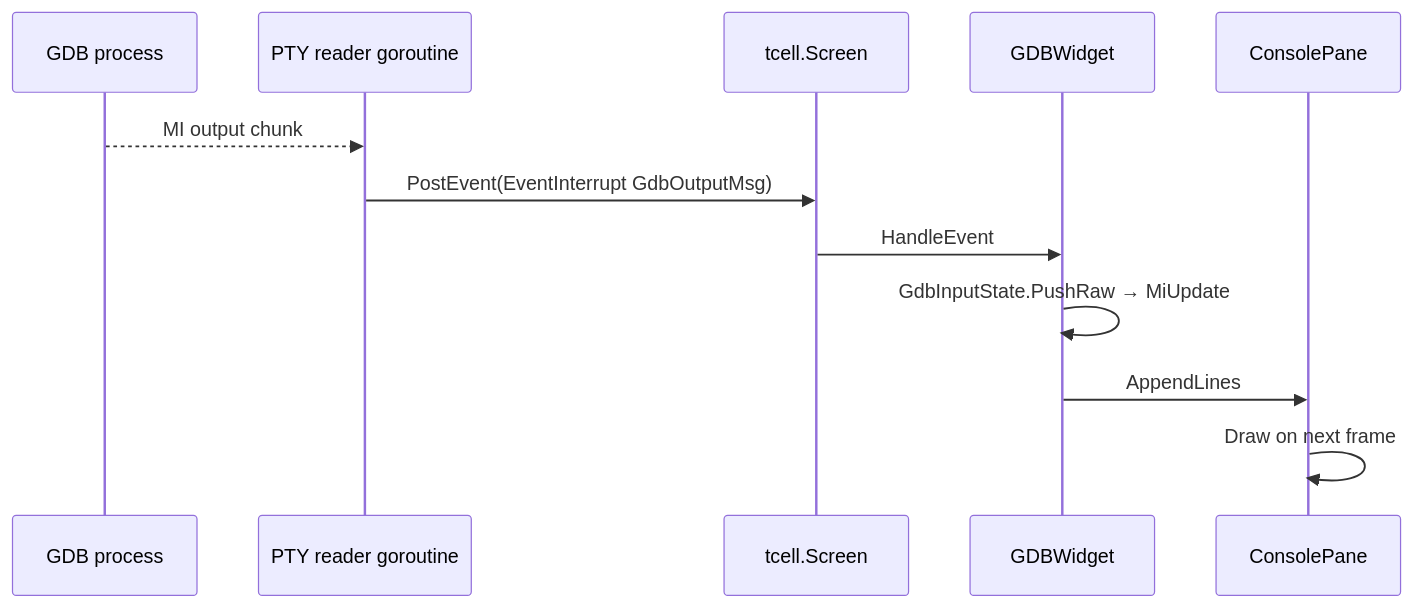
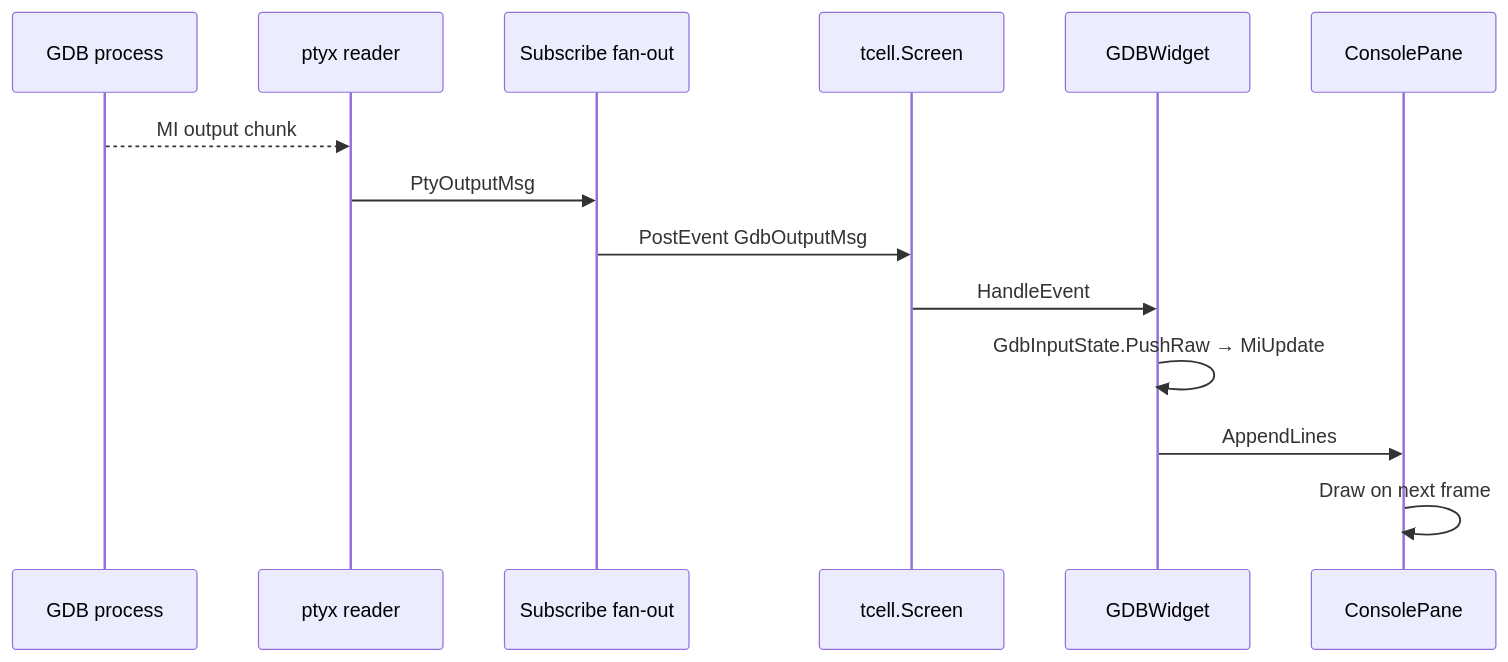
Before and after one commit to yairgd/gdbforge: the fourth of 7 diagrams in docs/ARCHITECTURE.md, drawn with Mermaid. The commit also changed other lines of this file and 35 other files, not shown here.

````diff
--- a/docs/ARCHITECTURE.md
+++ b/docs/ARCHITECTURE.md
@@ -467,15 +471,17 @@
 ```mermaid
 sequenceDiagram
     participant GDB as GDB process
-    participant PTY as PTY reader goroutine
+    participant PTY as ptyx reader
+    participant Fan as Subscribe fan-out
     participant Screen as tcell.Screen
     participant Widget as GDBWidget
     participant Cons as ConsolePane
 
     GDB-->>PTY: MI output chunk
-    PTY->>Screen: PostEvent(EventInterrupt GdbOutputMsg)
+    PTY->>Fan: PtyOutputMsg
+    Fan->>Screen: PostEvent GdbOutputMsg
     Screen->>Widget: HandleEvent
     Widget->>Widget: GdbInputState.PushRaw → MiUpdate
     Widget->>Cons: AppendLines
     Cons->>Cons: Draw on next frame
 ```
````
